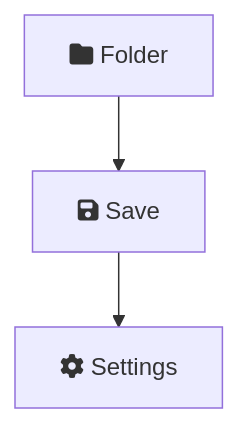
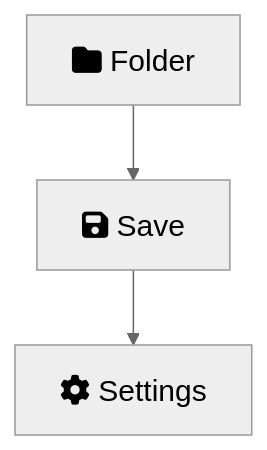
Before and after one commit to alanlivio/md-examples: the diagram in md_to_diagram_using_mermaid/fa_icons2.mmd, drawn with Mermaid. The commit also changed 3 other files, not shown here.

```diff
--- a/md_to_diagram_using_mermaid/fa_icons2.mmd
+++ b/md_to_diagram_using_mermaid/fa_icons2.mmd
@@ -1,3 +1,4 @@
+%%{ init: {'theme': 'neutral' , "themeVariables": { "fontSize": "20px"}}}%%
 graph TD;
     A["<i class='fas fa-folder'></i> Folder"] --> B["<i class='fas fa-save'></i> Save"]
     B --> C["<i class='fas fa-cog'></i> Settings"]
```
